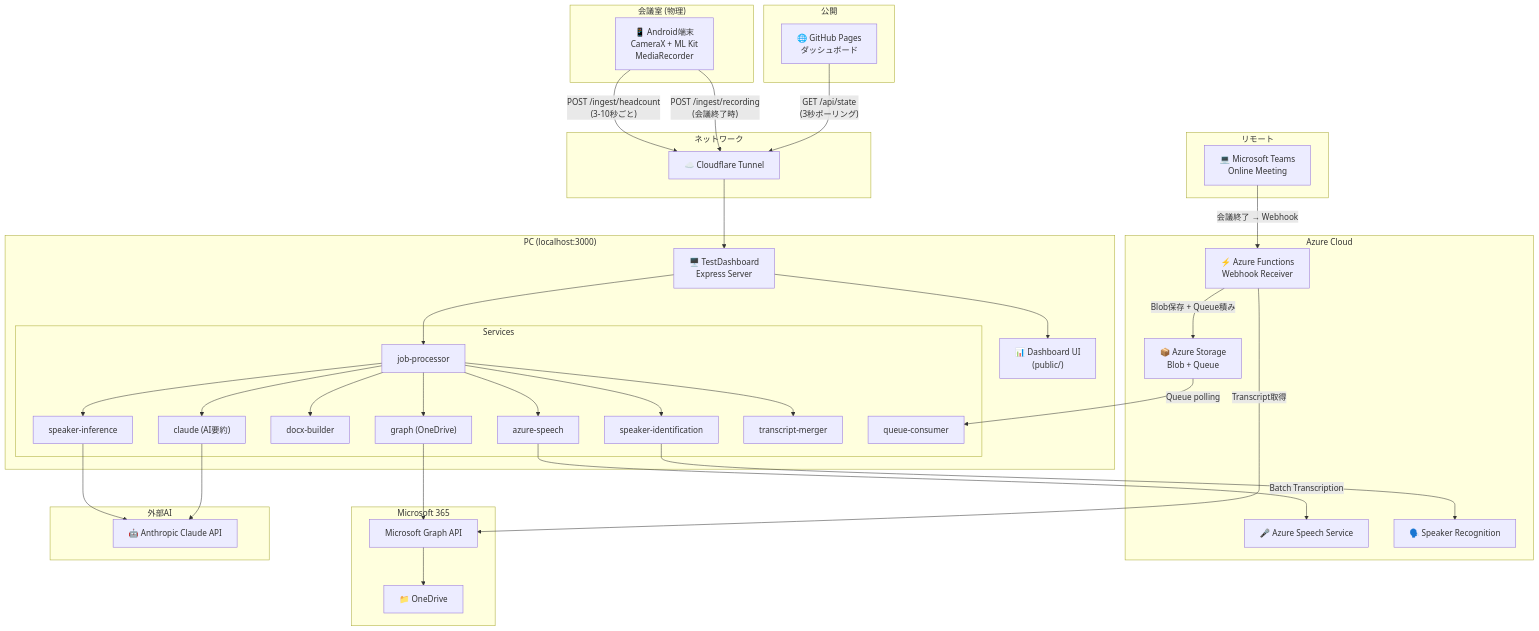
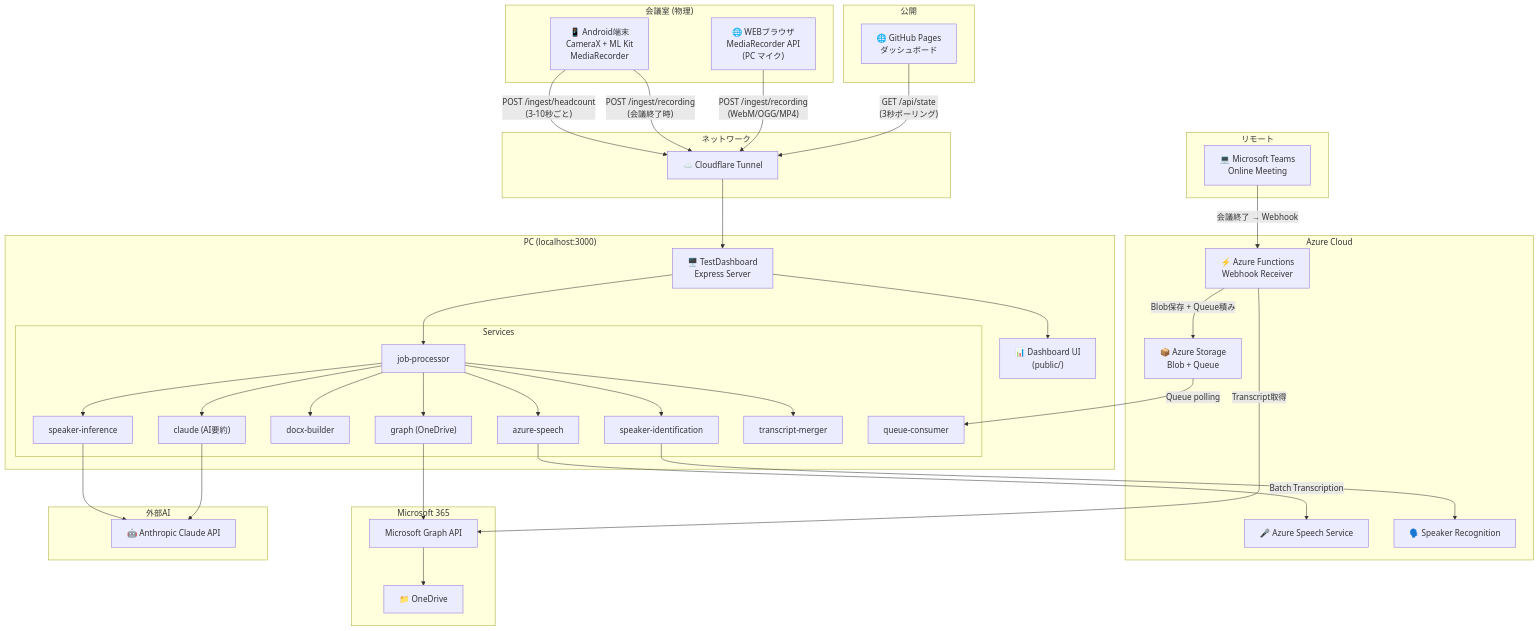
The first of 2 diagrams in doc/01_system_overview.md (ytsutsumi30/MeetingRoot), drawn with Mermaid before and after one commit. The commit also changed other lines of this file and 19 other files, not shown here.

````diff
--- a/doc/01_system_overview.md
+++ b/doc/01_system_overview.md
@@ -24,77 +26,79 @@
 ```mermaid
 graph TB
     subgraph "会議室 (物理)"
         Android["📱 Android端末<br/>CameraX + ML Kit<br/>MediaRecorder"]
+        WebBrowser["🌐 WEBブラウザ<br/>MediaRecorder API<br/>(PC マイク)"]
     end
 
     subgraph "リモート"
         Teams["💻 Microsoft Teams<br/>Online Meeting"]
     end
 
     subgraph "ネットワーク"
         CF["☁️ Cloudflare Tunnel"]
     end
 
     subgraph "PC (localhost:3000)"
         Express["🖥️ TestDashboard<br/>Express Server"]
         subgraph "Services"
             JobProc["job-processor"]
             AzSpeech["azure-speech"]
             Claude["claude (AI要約)"]
             DocxBld["docx-builder"]
             Graph["graph (OneDrive)"]
             SpkID["speaker-identification"]
             SpkInfer["speaker-inference"]
             TxMerger["transcript-merger"]
             QueueCons["queue-consumer"]
         end
         Dashboard["📊 Dashboard UI<br/>(public/)"]
     end
 
     subgraph "Azure Cloud"
         AzFunc["⚡ Azure Functions<br/>Webhook Receiver"]
         AzStorage["📦 Azure Storage<br/>Blob + Queue"]
         AzSpeechSvc["🎤 Azure Speech Service"]
         AzSpeakerRec["🗣️ Speaker Recognition"]
     end
 
     subgraph "Microsoft 365"
         OneDrive["📁 OneDrive"]
         GraphAPI["Microsoft Graph API"]
     end
 
     subgraph "外部AI"
         Anthropic["🤖 Anthropic Claude API"]
     end
 
     subgraph "公開"
         GHPages["🌐 GitHub Pages<br/>ダッシュボード"]
     end
 
     Android -->|"POST /ingest/headcount<br/>(3-10秒ごと)"| CF
     Android -->|"POST /ingest/recording<br/>(会議終了時)"| CF
+    WebBrowser -->|"POST /ingest/recording<br/>(WebM/OGG/MP4)"| CF
     CF --> Express
 
     Teams -->|"会議終了 → Webhook"| AzFunc
     AzFunc -->|"Transcript取得"| GraphAPI
     AzFunc -->|"Blob保存 + Queue積み"| AzStorage
     AzStorage -->|"Queue polling"| QueueCons
 
     Express --> JobProc
     JobProc --> AzSpeech
     AzSpeech -->|"Batch Transcription"| AzSpeechSvc
     JobProc --> SpkID
     SpkID --> AzSpeakerRec
     JobProc --> SpkInfer
     SpkInfer --> Anthropic
     JobProc --> TxMerger
     JobProc --> Claude
     Claude --> Anthropic
     JobProc --> DocxBld
     JobProc --> Graph
     Graph --> GraphAPI
     GraphAPI --> OneDrive
 
     Express --> Dashboard
     GHPages -->|"GET /api/state<br/>(3秒ポーリング)"| CF
 ```
````
